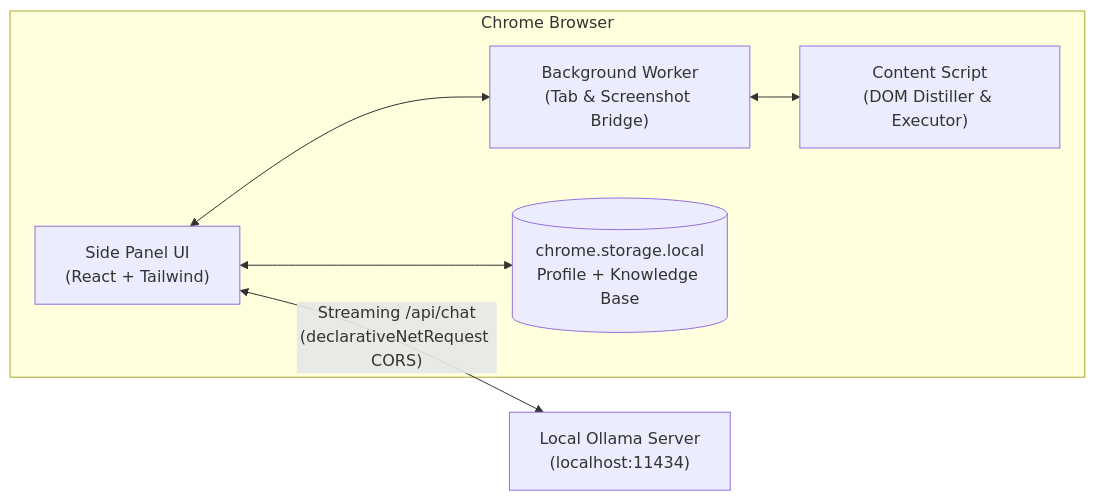
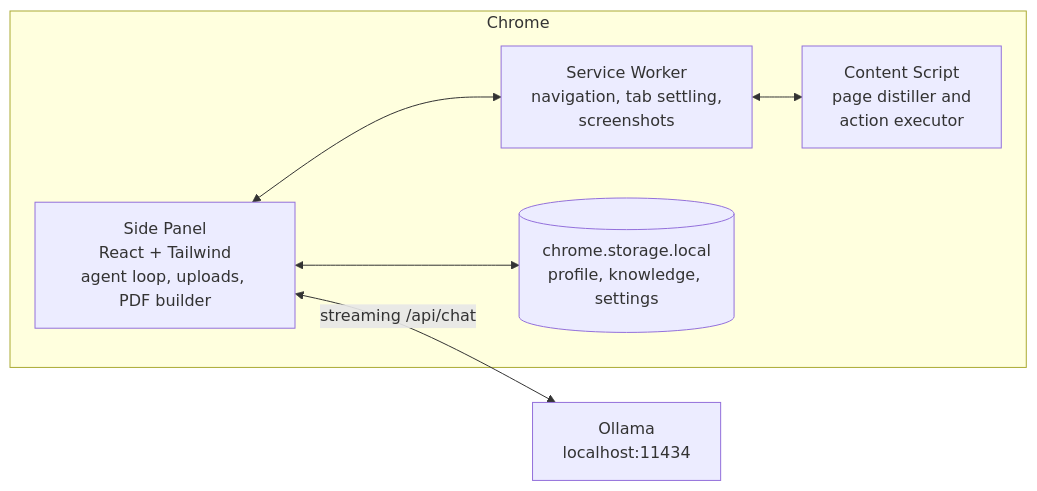
The diagram in README.md (YADUNANDAN-SINGH/Any-Agent), drawn with Mermaid before and after one commit. The commit also changed other lines of this file and 14 other files, not shown here.

````diff
--- a/README.md
+++ b/README.md
@@ -39,16 +172,15 @@
 ```mermaid
 flowchart LR
-  subgraph Chrome["Chrome Browser"]
-    SP["Side Panel UI\n(React + Tailwind)"]
-    BG["Background Worker\n(Tab & Screenshot Bridge)"]
-    CS["Content Script\n(DOM Distiller & Executor)"]
-    ST[("chrome.storage.local\nProfile + Knowledge Base")]
+  subgraph Chrome["Chrome"]
+    SP["Side Panel<br/>React + Tailwind<br/>agent loop, uploads, PDF builder"]
+    BG["Service Worker<br/>navigation, tab settling,<br/>screenshots"]
+    CS["Content Script<br/>page distiller and<br/>action executor"]
+    ST[("chrome.storage.local<br/>profile, knowledge, settings")]
   end
-
-  OL["Local Ollama Server\n(localhost:11434)"]
+  OL["Ollama<br/>localhost:11434"]
 
   SP <--> ST
   SP <--> BG
   BG <--> CS
-  SP <-->|"Streaming /api/chat\n(declarativeNetRequest CORS)"| OL
+  SP <-->|"streaming /api/chat"| OL
 ```
````
